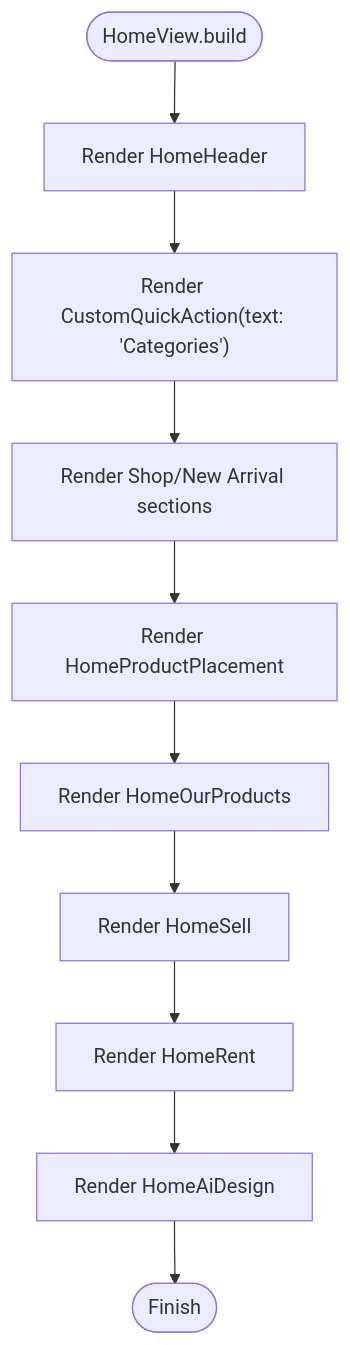
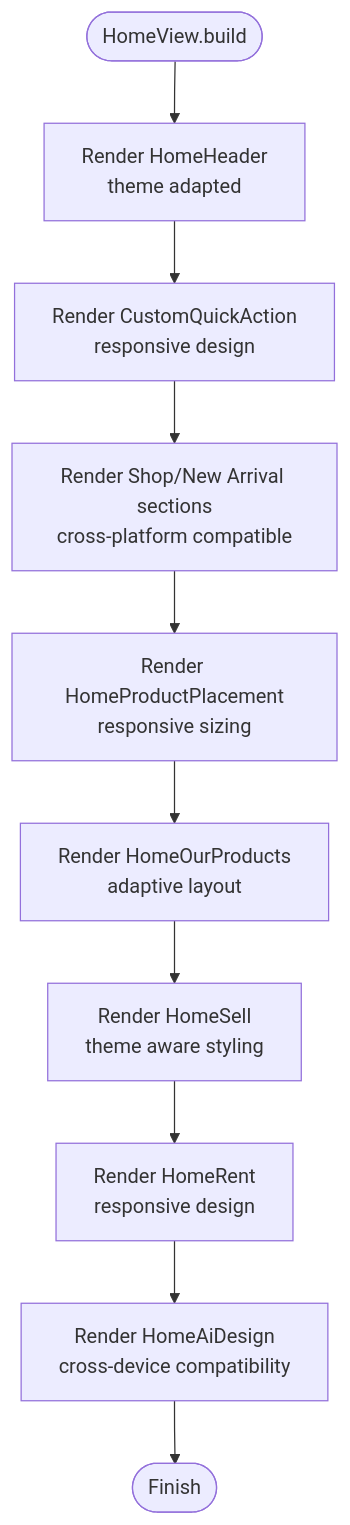
The fifth of 11 diagrams in .qoder/repowiki/en/content/Core Features/Dashboard and Navigation.md (Ariful3111/FurniGo), drawn with Mermaid before and after one commit. The commit also changed other lines of this file and 3 other files, not shown here.

````diff
--- a/.qoder/repowiki/en/content/Core Features/Dashboard and Navigation.md
+++ b/.qoder/repowiki/en/content/Core Features/Dashboard and Navigation.md
@@ -224,12 +315,12 @@
 ```mermaid
 flowchart TD
-Start(["HomeView.build"]) --> Header["Render HomeHeader"]
-Header --> Quick["Render CustomQuickAction(text: 'Categories')"]
-Quick --> Sections["Render Shop/New Arrival sections"]
-Sections --> Placement["Render HomeProductPlacement"]
-Placement --> Products["Render HomeOurProducts"]
-Products --> Sell["Render HomeSell"]
-Sell --> Rent["Render HomeRent"]
-Rent --> AI["Render HomeAiDesign"]
+Start(["HomeView.build"]) --> Header["Render HomeHeader<br/>theme adapted"]
+Header --> Quick["Render CustomQuickAction<br/>responsive design"]
+Quick --> Sections["Render Shop/New Arrival sections<br/>cross-platform compatible"]
+Sections --> Placement["Render HomeProductPlacement<br/>responsive sizing"]
+Placement --> Products["Render HomeOurProducts<br/>adaptive layout"]
+Products --> Sell["Render HomeSell<br/>theme aware styling"]
+Sell --> Rent["Render HomeRent<br/>responsive design"]
+Rent --> AI["Render HomeAiDesign<br/>cross-device compatibility"]
 AI --> End(["Finish"])
 ```
````
